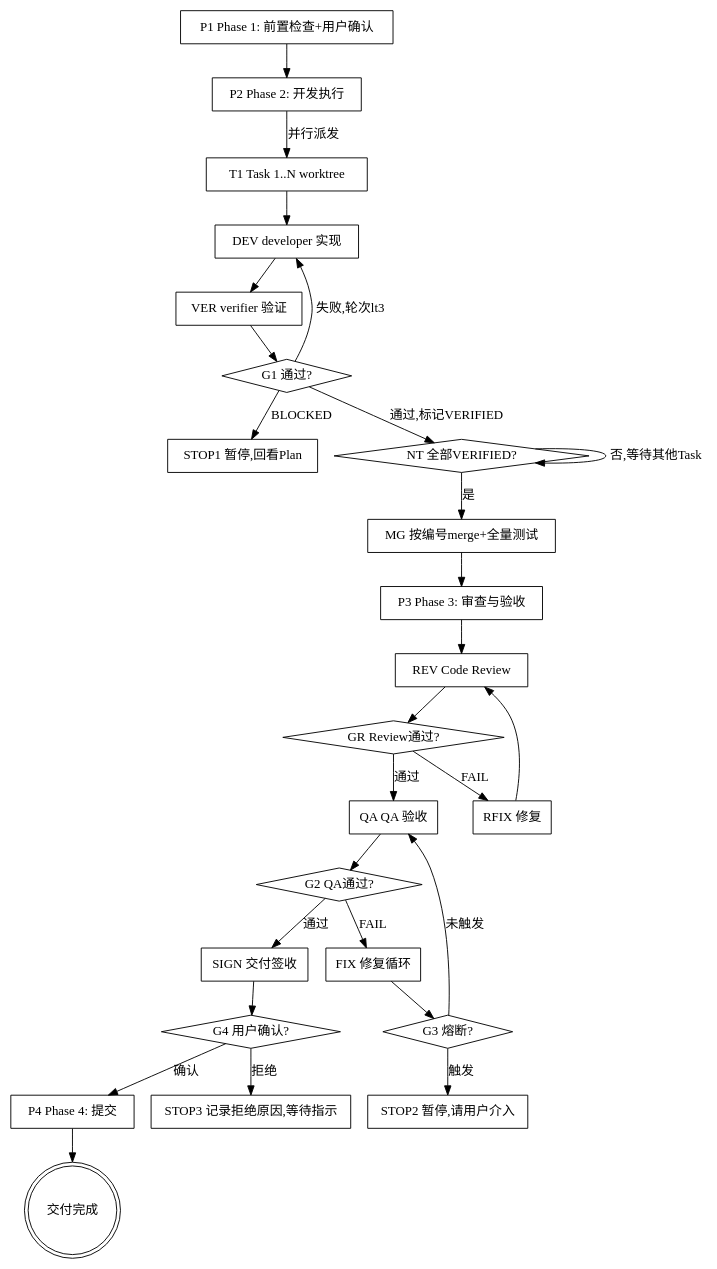
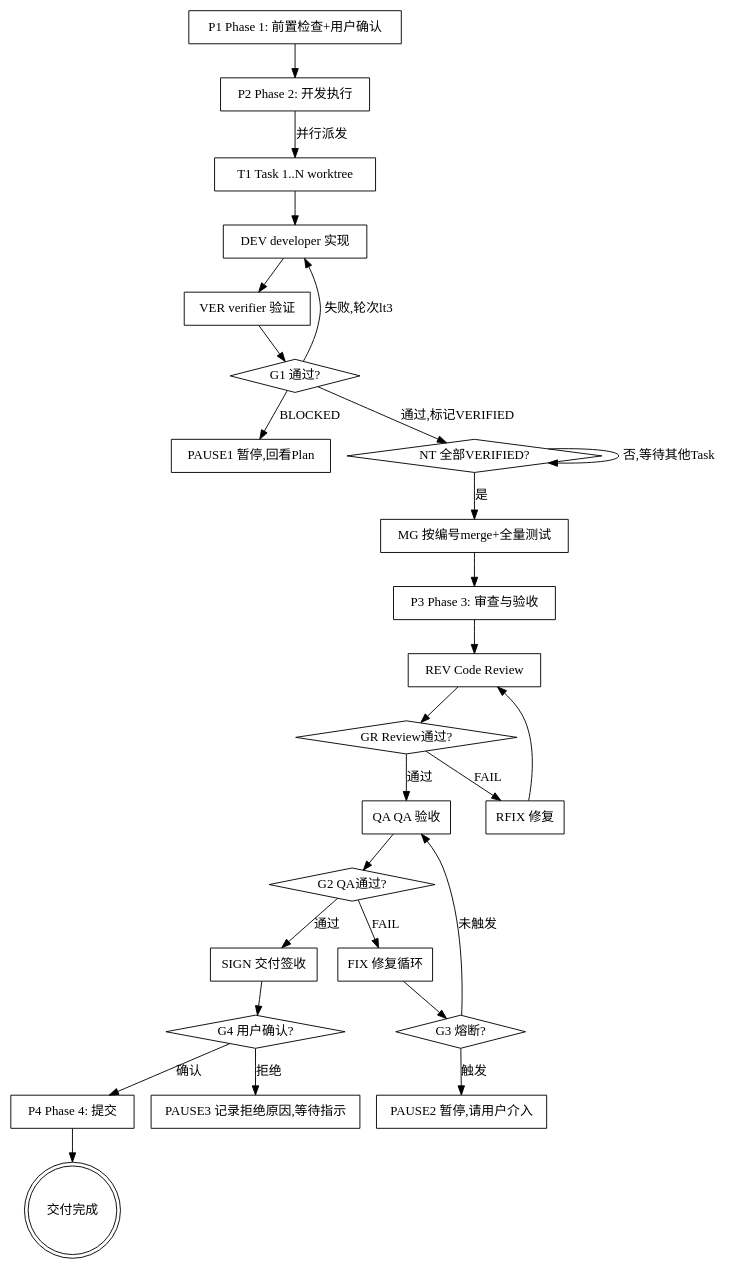
The diagram in shared/skills/project-manager/SKILL.md (jieli-cqwl/org-claude-skills), drawn with Graphviz before and after one commit. The commit also changed other lines of this file and 14 other files, not shown here.

````diff
--- a/shared/skills/project-manager/SKILL.md
+++ b/shared/skills/project-manager/SKILL.md
@@ -67,55 +61,55 @@
 ```dot
 digraph project_manager_flow {
     rankdir=TB;
     "P1 Phase 1: 前置检查+用户确认" [shape=box];
     "P2 Phase 2: 开发执行" [shape=box];
     "T1 Task 1..N worktree" [shape=box];
     "DEV developer 实现" [shape=box];
     "VER verifier 验证" [shape=box];
     "G1 通过?" [shape=diamond];
-    "STOP1 暂停,回看Plan" [shape=box];
+    "PAUSE1 暂停,回看Plan" [shape=box];
     "NT 全部VERIFIED?" [shape=diamond];
     "MG 按编号merge+全量测试" [shape=box];
     "P3 Phase 3: 审查与验收" [shape=box];
     "REV Code Review" [shape=box];
     "GR Review通过?" [shape=diamond];
     "RFIX 修复" [shape=box];
     "QA QA 验收" [shape=box];
     "G2 QA通过?" [shape=diamond];
     "FIX 修复循环" [shape=box];
     "G3 熔断?" [shape=diamond];
-    "STOP2 暂停,请用户介入" [shape=box];
+    "PAUSE2 暂停,请用户介入" [shape=box];
     "SIGN 交付签收" [shape=box];
     "G4 用户确认?" [shape=diamond];
     "P4 Phase 4: 提交" [shape=box];
-    "STOP3 记录拒绝原因,等待指示" [shape=box];
+    "PAUSE3 记录拒绝原因,等待指示" [shape=box];
     "交付完成" [shape=doublecircle];
 
     "P1 Phase 1: 前置检查+用户确认" -> "P2 Phase 2: 开发执行";
     "P2 Phase 2: 开发执行" -> "T1 Task 1..N worktree" [label="并行派发"];
     "T1 Task 1..N worktree" -> "DEV developer 实现";
     "DEV developer 实现" -> "VER verifier 验证";
     "VER verifier 验证" -> "G1 通过?";
     "G1 通过?" -> "DEV developer 实现" [label="失败,轮次lt3"];
-    "G1 通过?" -> "STOP1 暂停,回看Plan" [label="BLOCKED"];
+    "G1 通过?" -> "PAUSE1 暂停,回看Plan" [label="BLOCKED"];
     "G1 通过?" -> "NT 全部VERIFIED?" [label="通过,标记VERIFIED"];
     "NT 全部VERIFIED?" -> "NT 全部VERIFIED?" [label="否,等待其他Task"];
     "NT 全部VERIFIED?" -> "MG 按编号merge+全量测试" [label="是"];
     "MG 按编号merge+全量测试" -> "P3 Phase 3: 审查与验收";
     "P3 Phase 3: 审查与验收" -> "REV Code Review";
     "REV Code Review" -> "GR Review通过?";
     "GR Review通过?" -> "RFIX 修复" [label="FAIL"];
     "RFIX 修复" -> "REV Code Review";
     "GR Review通过?" -> "QA QA 验收" [label="通过"];
     "QA QA 验收" -> "G2 QA通过?";
     "G2 QA通过?" -> "FIX 修复循环" [label="FAIL"];
     "FIX 修复循环" -> "G3 熔断?";
     "G3 熔断?" -> "QA QA 验收" [label="未触发"];
-    "G3 熔断?" -> "STOP2 暂停,请用户介入" [label="触发"];
+    "G3 熔断?" -> "PAUSE2 暂停,请用户介入" [label="触发"];
     "G2 QA通过?" -> "SIGN 交付签收" [label="通过"];
     "SIGN 交付签收" -> "G4 用户确认?";
     "G4 用户确认?" -> "P4 Phase 4: 提交" [label="确认"];
-    "G4 用户确认?" -> "STOP3 记录拒绝原因,等待指示" [label="拒绝"];
+    "G4 用户确认?" -> "PAUSE3 记录拒绝原因,等待指示" [label="拒绝"];
     "P4 Phase 4: 提交" -> "交付完成";
 }
 ```
````
